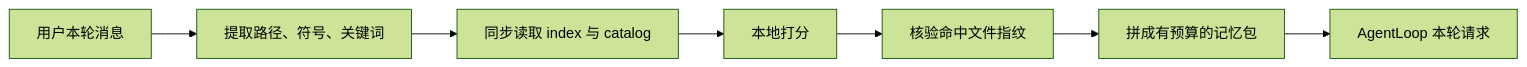
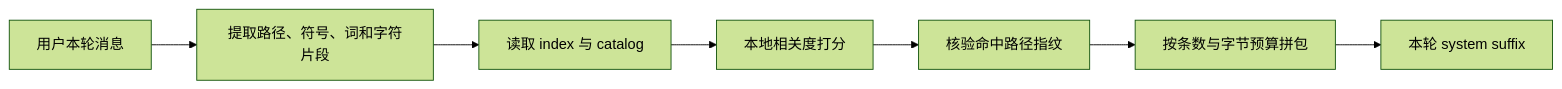
One commit to relic-yuexi/LubanCode changed the diagram in docs/memory-system-design.md. Above: the diagram before and after it, drawn with Mermaid (forest theme). The commit also changed other lines of this file and 12 other files, not shown here.

````diff
--- a/docs/memory-system-design.md
+++ b/docs/memory-system-design.md
@@ -178,9 +224,9 @@
 ```mermaid
 flowchart LR
-    U[用户本轮消息] --> Q[提取路径、符号、关键词]
-    Q --> I[同步读取 index 与 catalog]
-    I --> S[本地打分]
-    S --> V[核验命中文件指纹]
-    V --> P[拼成有预算的记忆包]
-    P --> A[AgentLoop 本轮请求]
+    U[用户本轮消息] --> Q[提取路径、符号、词和字符片段]
+    Q --> I[读取 index 与 catalog]
+    I --> S[本地相关度打分]
+    S --> F[核验命中路径指纹]
+    F --> B[按条数与字节预算拼包]
+    B --> A[本轮 system suffix]
 ```
````
